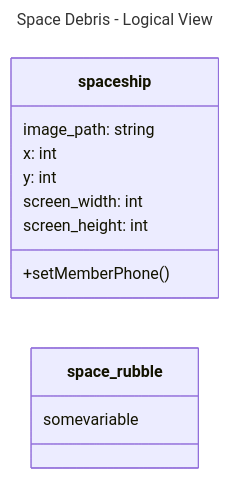
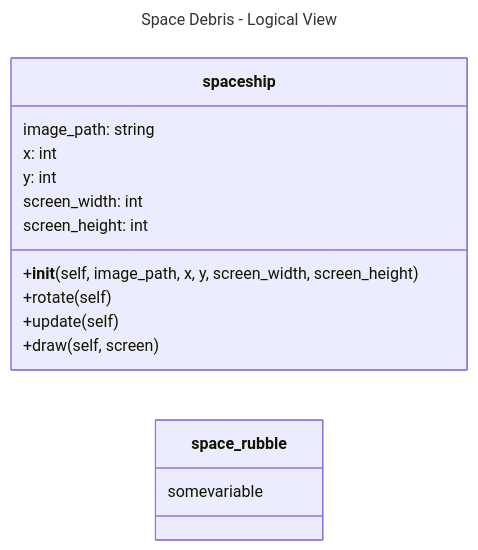
One commit to mmehta2669/Final_Project_Group_2 changed the diagram in README.md. Above: the diagram before and after it, drawn with Mermaid.

````diff
--- a/README.md
+++ b/README.md
@@ -14,25 +14,28 @@
 ```mermaid
 ---
 title: Space Debris - Logical View
 ---
 classDiagram 
  direction LR
  class spaceship {
   image_path: string
   x: int
   y: int
   screen_width: int
   screen_height: int 
-  +setMemberPhone()
+  +__init__(self, image_path, x, y, screen_width, screen_height)
+  +rotate(self)
+  +update(self)
+  +draw(self, screen)
 }
 title_screen
 
 space_rubble
 space_rubble : somevariable
 
 background
 
 ammunition
 
 
 ```
````
